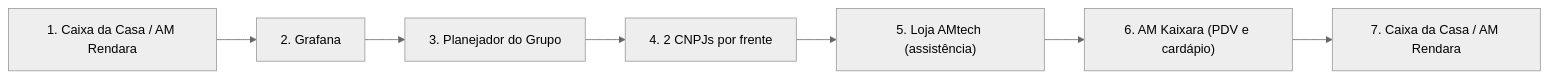
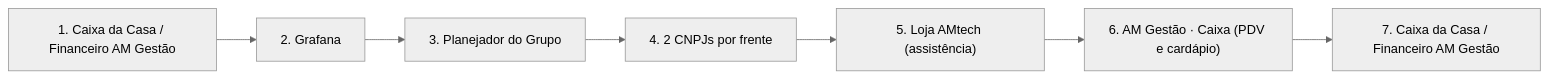
One commit to AlanMateus17/dev-setup changed diagram 12 of 22 in docs/fluxos.md. Above: the diagram before and after it, drawn with Mermaid (neutral theme). The commit also changed other lines of this file and 78 other files, not shown here.

````diff
--- a/docs/fluxos.md
+++ b/docs/fluxos.md
@@ -351,16 +351,16 @@
 ```mermaid
 flowchart LR
-  s0["1. Caixa da Casa / AM Rendara"]
+  s0["1. Caixa da Casa / Financeiro AM Gestão"]
   s1["2. Grafana"]
   s2["3. Planejador do Grupo"]
   s3["4. 2 CNPJs por frente"]
   s4["5. Loja AMtech (assistência)"]
-  s5["6. AM Kaixara (PDV e cardápio)"]
-  s6["7. Caixa da Casa / AM Rendara"]
+  s5["6. AM Gestão · Caixa (PDV e cardápio)"]
+  s6["7. Caixa da Casa / Financeiro AM Gestão"]
   s0 --> s1
   s1 --> s2
   s2 --> s3
   s3 --> s4
   s4 --> s5
   s5 --> s6
 ```
````
